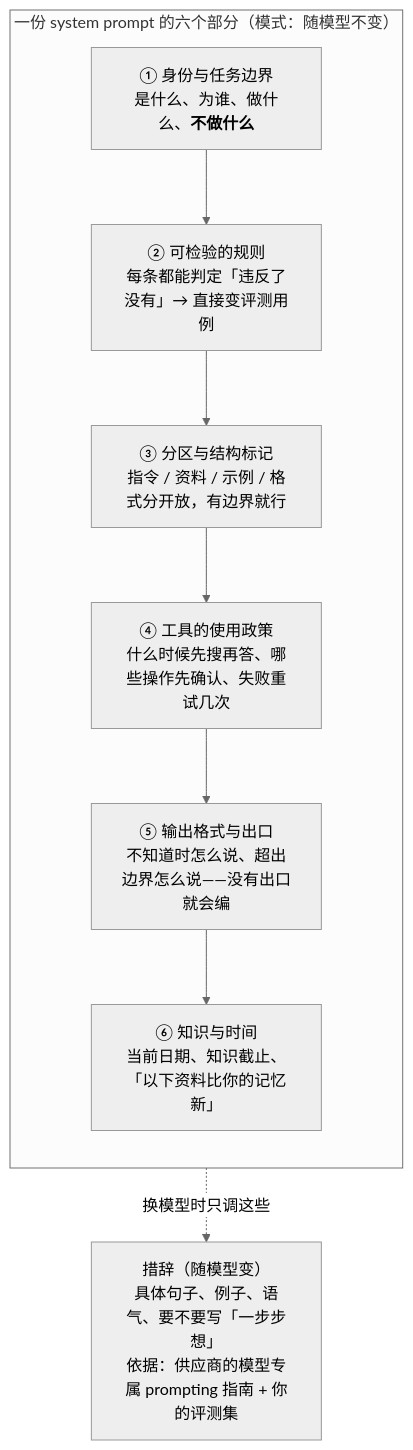
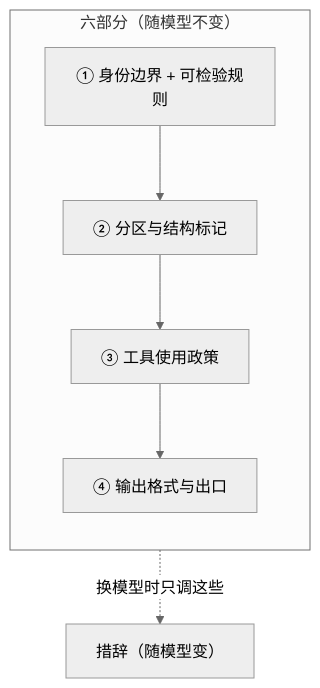
The second of 4 diagrams in slides/2026-10-11-context-engineering.md (arganzheng/arganzheng.github.com), drawn with Mermaid (neutral theme) before and after one commit. The commit also changed other lines of this file, not shown here.

Commit message:
slides/context-engineering: cut/shorten mermaid diagrams below 14px rendered text (check-render smalltext/overlap)

````diff
--- a/slides/2026-10-11-context-engineering.md
+++ b/slides/2026-10-11-context-engineering.md
@@ -54,14 +54,12 @@
 ```mermaid
 %%{init: {"flowchart": {"wrappingWidth": 170}}}%%
 flowchart TB
-    subgraph SP["一份 system prompt 的六个部分（模式：随模型不变）"]
+    subgraph SP["六部分（随模型不变）"]
         direction TB
-        A["① 身份与任务边界<br/>是什么、为谁、做什么、<b>不做什么</b>"] --> B["② 可检验的规则<br/>每条都能判定「违反了没有」→ 直接变评测用例"]
-        B --> C["③ 分区与结构标记<br/>指令 / 资料 / 示例 / 格式分开放，有边界就行"]
-        C --> D["④ 工具的使用政策<br/>什么时候先搜再答、哪些操作先确认、失败重试几次"]
-        D --> E["⑤ 输出格式与出口<br/>不知道时怎么说、超出边界怎么说——没有出口就会编"]
-        E --> F["⑥ 知识与时间<br/>当前日期、知识截止、「以下资料比你的记忆新」"]
+        A["① 身份边界 + 可检验规则"] --> C["② 分区与结构标记"]
+        C --> D["③ 工具使用政策"]
+        D --> E["④ 输出格式与出口"]
     end
-    SP -. "换模型时只调这些" .-> W["措辞（随模型变）<br/>具体句子、例子、语气、要不要写「一步步想」<br/>依据：供应商的模型专属 prompting 指南 + 你的评测集"]
+    SP -. "换模型时只调这些" .-> W["措辞（随模型变）"]
 
 ```
````
